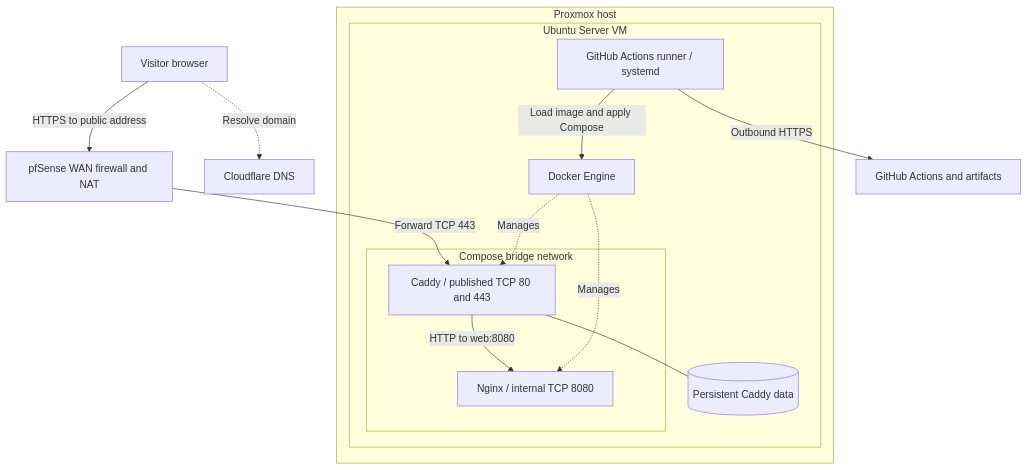
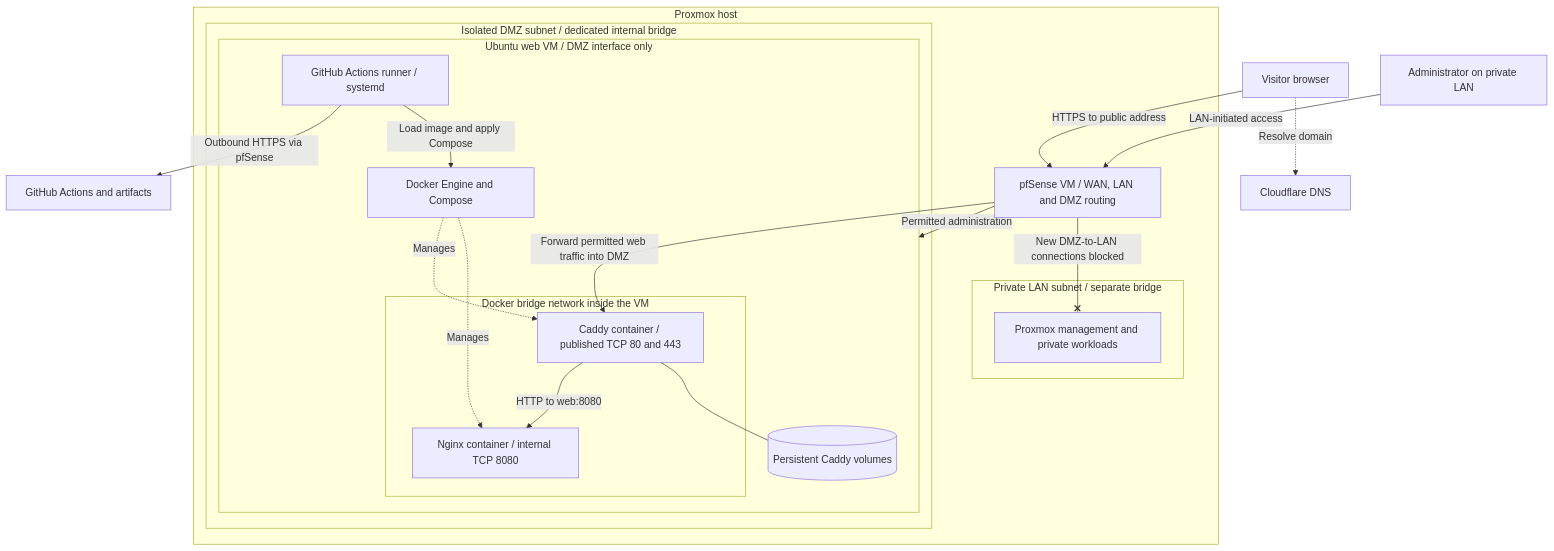
Before and after one commit to SafiShahid34/Safi-Portfolio-Architecture: the first of 5 diagrams in README.md, drawn with Mermaid. The commit also changed other lines of this file, not shown here.

````diff
--- a/README.md
+++ b/README.md
@@ -60,29 +60,40 @@
 ```mermaid
 flowchart TD
     visitor["Visitor browser"]
     dns["Cloudflare DNS"]
-    edge["pfSense WAN firewall and NAT"]
+    admin["Administrator on private LAN"]
 
     subgraph host["Proxmox host"]
-        subgraph vm["Ubuntu Server VM"]
-            runner["GitHub Actions runner / systemd"]
-            engine["Docker Engine"]
-            subgraph net["Compose bridge network"]
-                caddy["Caddy / published TCP 80 and 443"]
-                web["Nginx / internal TCP 8080"]
+        edge["pfSense VM / WAN, LAN and DMZ routing"]
+
+        subgraph lan["Private LAN subnet / separate bridge"]
+            private["Proxmox management and private workloads"]
+        end
+
+        subgraph dmz["Isolated DMZ subnet / dedicated internal bridge"]
+            subgraph vm["Ubuntu web VM / DMZ interface only"]
+                runner["GitHub Actions runner / systemd"]
+                engine["Docker Engine and Compose"]
+                subgraph net["Docker bridge network inside the VM"]
+                    caddy["Caddy container / published TCP 80 and 443"]
+                    web["Nginx container / internal TCP 8080"]
+                end
+                certs[("Persistent Caddy volumes")]
             end
-            certs[("Persistent Caddy data")]
         end
     end
 
     actions["GitHub Actions and artifacts"]
     visitor -. "Resolve domain" .-> dns
     visitor -->|"HTTPS to public address"| edge
-    edge -->|"Forward TCP 443"| caddy
+    edge -->|"Forward permitted web traffic into DMZ"| caddy
+    admin -->|"LAN-initiated access"| edge
+    edge -->|"Permitted administration"| vm
+    edge -- "New DMZ-to-LAN connections blocked" --x private
     caddy -->|"HTTP to web:8080"| web
     caddy --- certs
-    runner -->|"Outbound HTTPS"| actions
+    runner -->|"Outbound HTTPS via pfSense"| actions
     runner -->|"Load image and apply Compose"| engine
     engine -. "Manages" .-> caddy
     engine -. "Manages" .-> web
 ```
````
